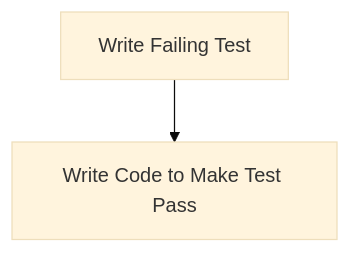
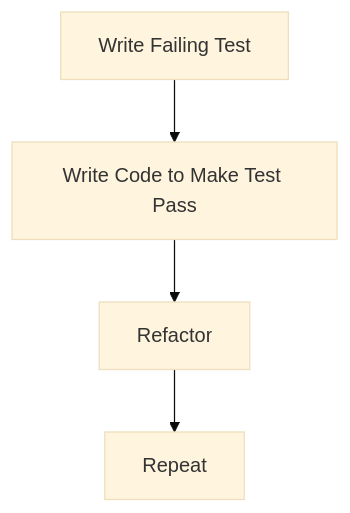
One commit to NodesAutomations/Development changed the diagram in Software Testing/Test Driven Development.md. Above: the diagram before and after it, drawn with Mermaid (base theme). The commit also changed other lines of this file, not shown here.

````diff
--- a/Software Testing/Test Driven Development.md
+++ b/Software Testing/Test Driven Development.md
@@ -2,4 +2,6 @@
 ```mermaid
   graph  TD;
     A[Write Failing Test]-->B[Write Code to Make Test Pass];
+    B-->C[Refactor];
+    C-->D[Repeat];
 ```
````
